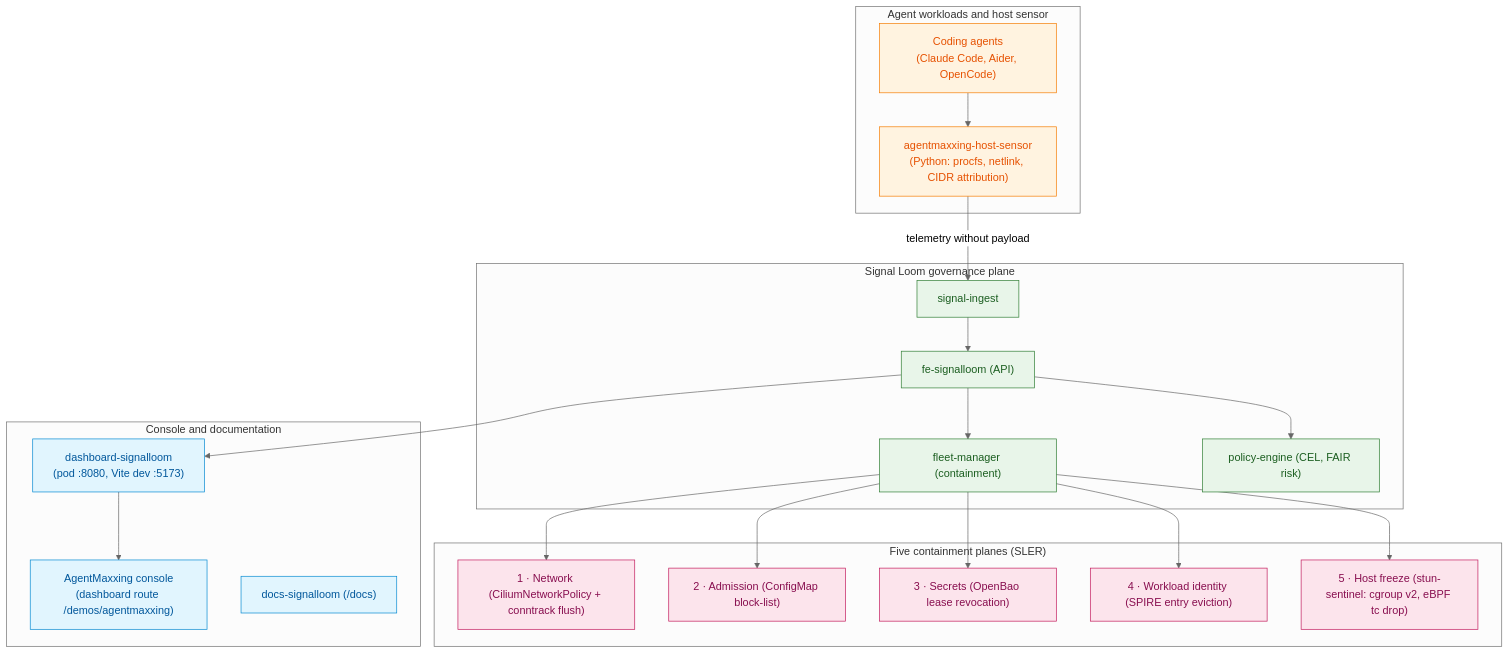
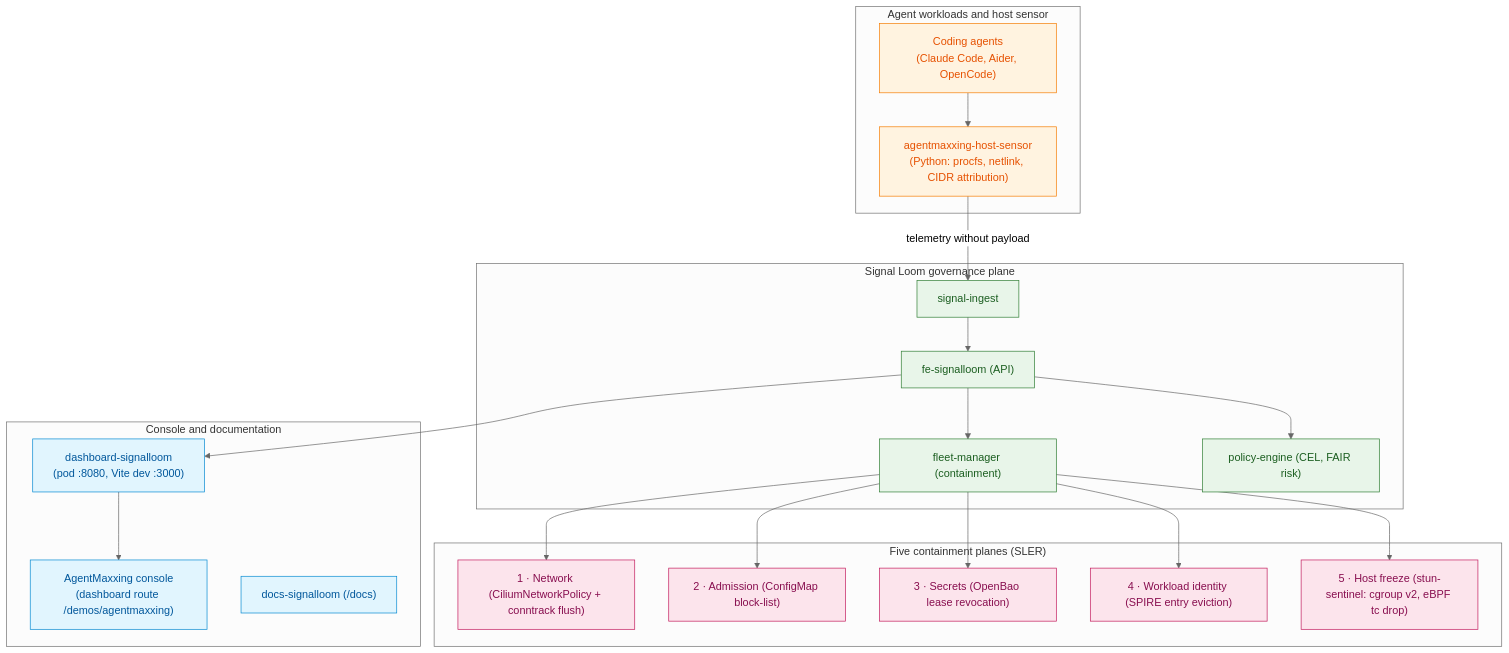
Before and after one commit to sublimino/architecture-as-code: the second of 2 diagrams in README.md, drawn with Mermaid (neutral theme). The commit also changed other lines of this file and 50 other files, not shown here.

````diff
--- a/README.md
+++ b/README.md
@@ -119,50 +123,50 @@
 ```mermaid
 flowchart TB
   subgraph AGENTS["Agent workloads and host sensor"]
     CODING["Coding agents<br/>(Claude Code, Aider, OpenCode)"]
     SENSOR["agentmaxxing-host-sensor<br/>(Python: procfs, netlink, CIDR attribution)"]
     CODING --> SENSOR
   end
 
   subgraph CONTROL["Signal Loom governance plane"]
     API["fe-signalloom (API)"]
     FM["fleet-manager (containment)"]
     PE["policy-engine (CEL, FAIR risk)"]
     INGEST["signal-ingest"]
     SENSOR -- "telemetry without payload" --> INGEST
     INGEST --> API
     API --> FM
     API --> PE
   end
 
   subgraph PLANES["Five containment planes (SLER)"]
     P_MESH["1 · Network (CiliumNetworkPolicy + conntrack flush)"]
     P_ADM["2 · Admission (ConfigMap block-list)"]
     P_BAO["3 · Secrets (OpenBao lease revocation)"]
     P_SPIRE["4 · Workload identity (SPIRE entry eviction)"]
     P_FREEZE["5 · Host freeze (stun-sentinel: cgroup v2, eBPF tc drop)"]
     FM --> P_MESH
     FM --> P_ADM
     FM --> P_BAO
     FM --> P_SPIRE
     FM --> P_FREEZE
   end
 
   subgraph UI["Console and documentation"]
-    DASH["dashboard-signalloom<br/>(pod :8080, Vite dev :5173)"]
+    DASH["dashboard-signalloom<br/>(pod :8080, Vite dev :3000)"]
     AMXD["AgentMaxxing console<br/>(dashboard route /demos/agentmaxxing)"]
     DOCS["docs-signalloom (/docs)"]
   end
 
   API --> DASH
   DASH --> AMXD
 
   classDef agent fill:#fff3e0,stroke:#f57c00,color:#e65100;
   classDef ctrl fill:#e8f5e9,stroke:#2e7d32,color:#1b5e20;
   classDef plane fill:#fce4ec,stroke:#c2185b,color:#880e4f;
   classDef ui fill:#e1f5fe,stroke:#0288d1,color:#01579b;
   class CODING,SENSOR agent;
   class API,FM,PE,INGEST ctrl;
   class P_MESH,P_ADM,P_BAO,P_SPIRE,P_FREEZE plane;
   class DASH,AMXD,DOCS ui;
 ```
````
